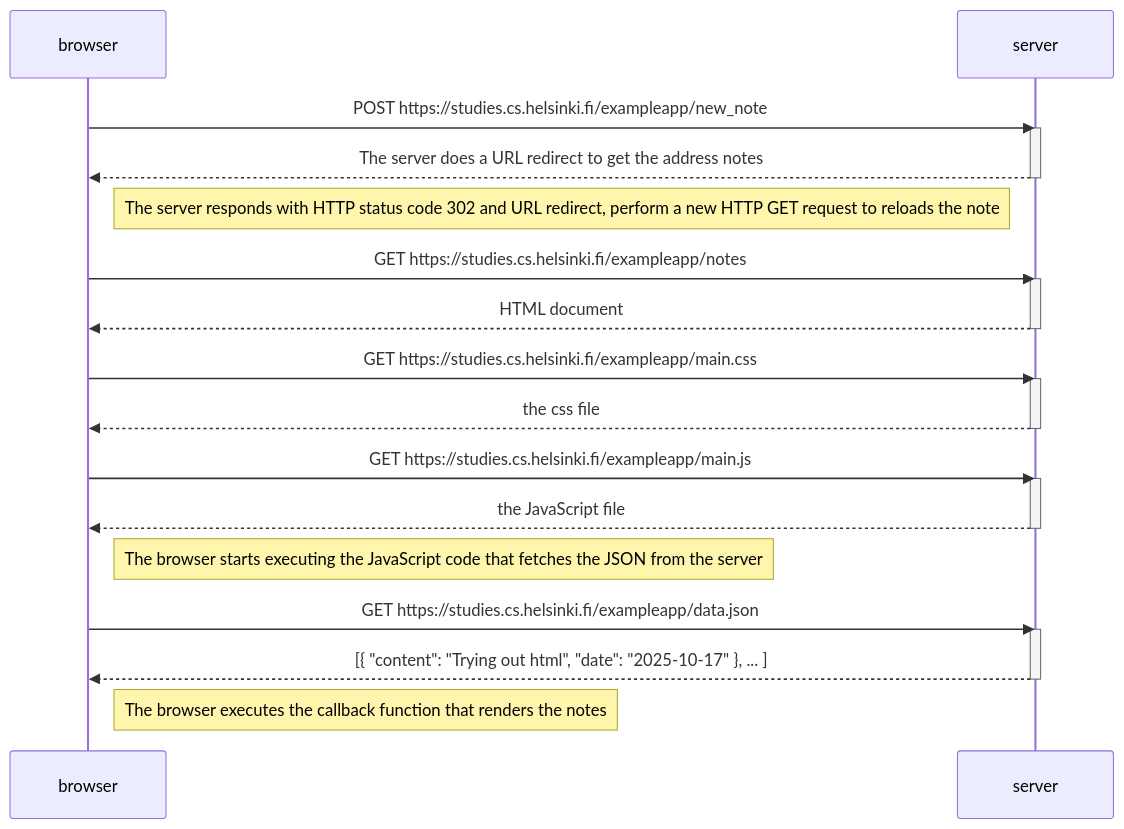
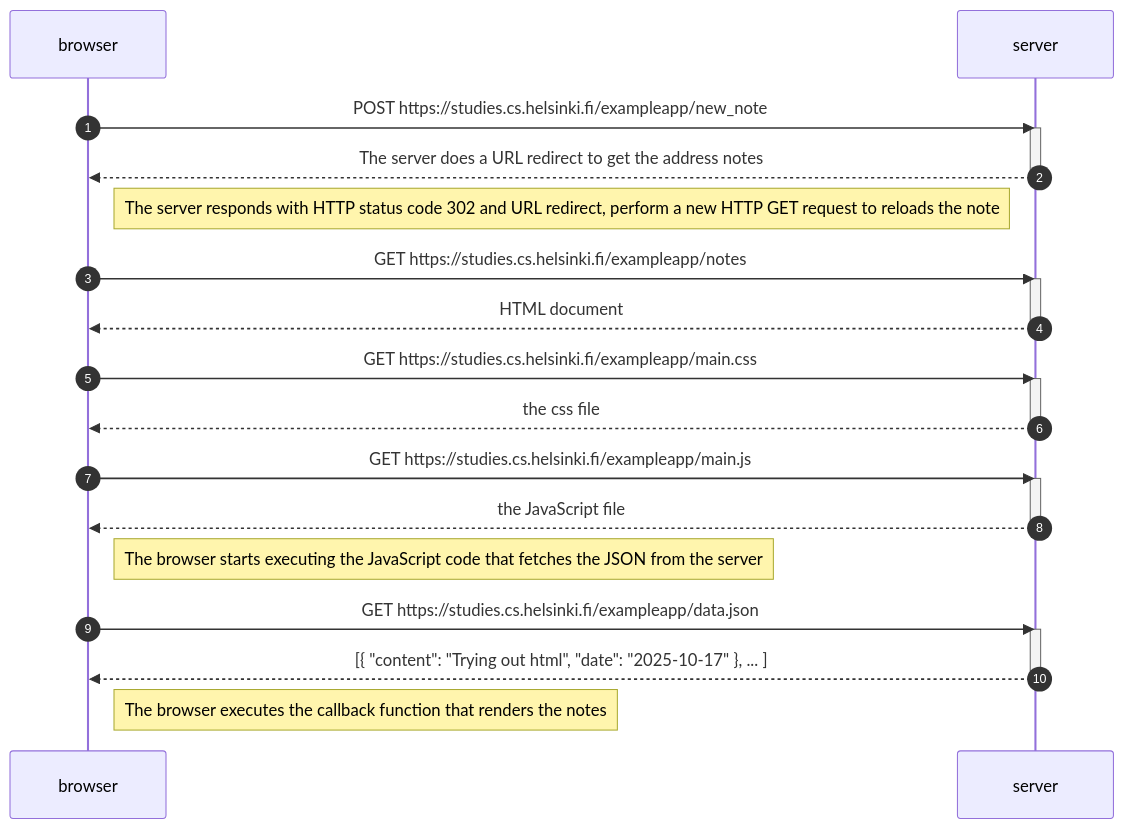
Before and after one commit to chimaeberechiphilip/full_stack_open: the diagram in part_0/0.4_new_note_diagram/sequencediagram.md, drawn with Mermaid.

Commit message:
second commit

````diff
--- a/part_0/0.4_new_note_diagram/sequencediagram.md
+++ b/part_0/0.4_new_note_diagram/sequencediagram.md
@@ -1,35 +1,36 @@
 ```mermaid
 sequenceDiagram
+    autonumber
     participant browser
     participant server
 
      browser->>server: POST https://studies.cs.helsinki.fi/exampleapp/new_note
     activate server
     server-->>browser: The server does a URL redirect to get the address notes
     deactivate server
     Note right of browser: The server responds with HTTP status code 302 and URL redirect, perform a new HTTP GET request to reloads the note
 
     browser->>server: GET https://studies.cs.helsinki.fi/exampleapp/notes
     activate server
     server-->>browser: HTML document
     deactivate server
 
     browser->>server: GET https://studies.cs.helsinki.fi/exampleapp/main.css
     activate server
     server-->>browser: the css file
     deactivate server
 
     browser->>server: GET https://studies.cs.helsinki.fi/exampleapp/main.js
     activate server
     server-->>browser: the JavaScript file
     deactivate server
 
     Note right of browser: The browser starts executing the JavaScript code that fetches the JSON from the server
 
     browser->>server: GET https://studies.cs.helsinki.fi/exampleapp/data.json
     activate server
     server-->>browser: [{ "content": "Trying out html", "date": "2025-10-17" }, ... ]
     deactivate server
 
     Note right of browser: The browser executes the callback function that renders the notes
 ```
````
